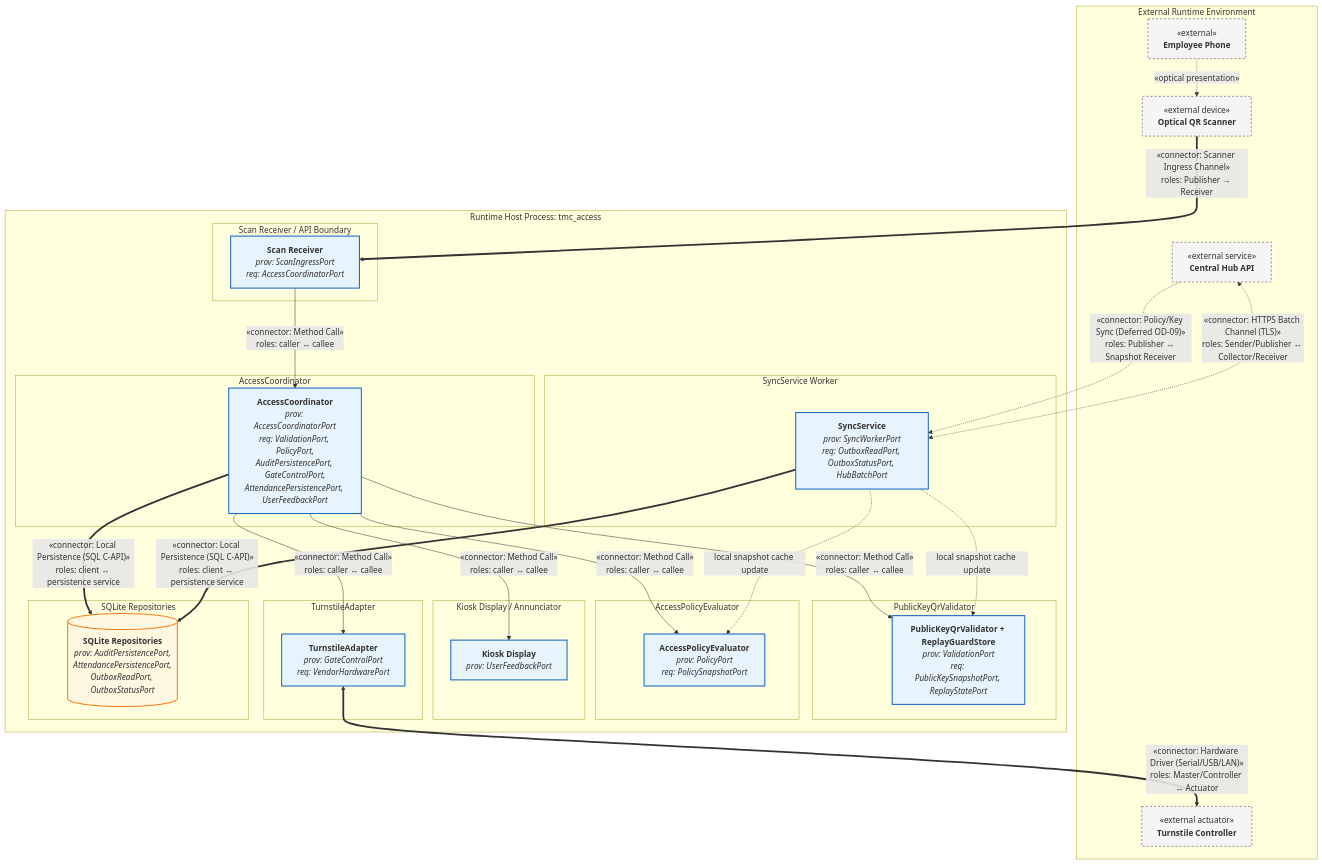
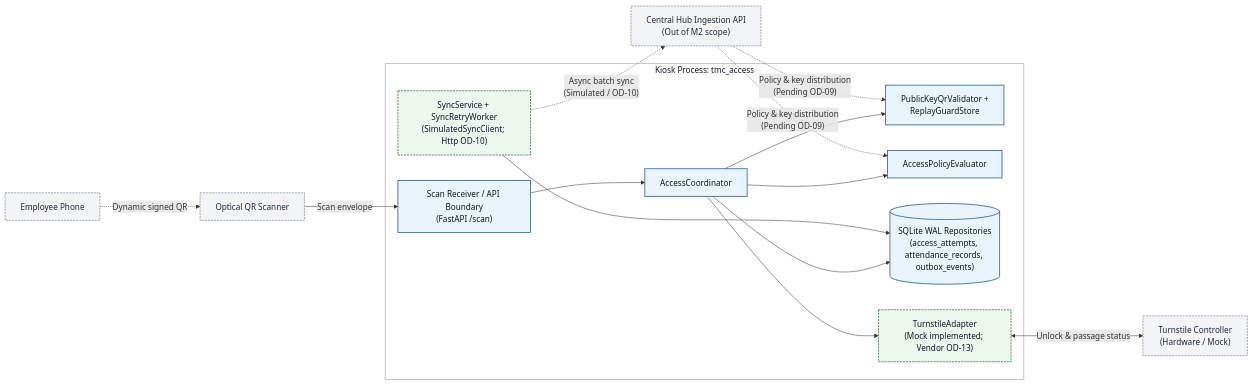
One commit to theDoub/SA-tmc-attendance-access-control changed the first of 2 diagrams in docs/architecture/component-connector-view.md. Above: the diagram before and after it, drawn with Mermaid. The commit also changed other lines of this file and 4 other files, not shown here.

First line of the commit message:
Revert "Merge pull request #1 from theDoub/docs/architecture-views"

````diff
--- a/docs/architecture/component-connector-view.md
+++ b/docs/architecture/component-connector-view.md
@@ -27,83 +27,24 @@
 ```mermaid
-flowchart TB
-    %% --- Subgraph Styles & Component Classes ---
-    classDef comp fill:#E8F4FD,stroke:#1565C0,stroke-width:2px;
-    classDef store fill:#FFF8E1,stroke:#F57F17,stroke-width:2px;
-    classDef ext fill:#F5F5F5,stroke:#757575,stroke-width:1.5px,stroke-dasharray: 4 4;
+flowchart LR
+    classDef impl fill:#eaf4fc,stroke:#1f5a8a,stroke-width:1.5px,color:#111827
+    classDef sim fill:#edf7ed,stroke:#2e6f40,stroke-width:1.5px,stroke-dasharray:4 2,color:#111827
+    classDef ext fill:#f3f4f6,stroke:#6b7280,stroke-width:1.2px,stroke-dasharray:4 2,color:#1f2937
+    classDef zone fill:#ffffff,stroke:#94a3b8,stroke-width:1.2px,color:#111827
 
-    %% --- External Runtime Peers ---
-    subgraph External["External Runtime Environment"]
-        Phone["«external»<br/><b>Employee Phone</b>"]:::ext
-        Scanner["«external device»<br/><b>Optical QR Scanner</b>"]:::ext
-        CTRL["«external actuator»<br/><b>Turnstile Controller</b>"]:::ext
-        HUB["«external service»<br/><b>Central Hub API</b>"]:::ext
+    Phone["Employee Phone"]:::ext -.->|Dynamic signed QR| Scanner["Optical QR Scanner"]:::ext
+    Scanner -->|Scan envelope| API["Scan Receiver / API Boundary<br/>(FastAPI /scan)"]:::impl
+    subgraph Kiosk["Kiosk Process: tmc_access"]
+        API --> COORD["AccessCoordinator"]:::impl
+        COORD --> QR["PublicKeyQrValidator +<br/>ReplayGuardStore"]:::impl
+        COORD --> POLICY["AccessPolicyEvaluator"]:::impl
+        COORD --> DB[("SQLite WAL Repositories<br/>(access_attempts, attendance_records, outbox_events)")]:::impl
+        COORD --> GATE["TurnstileAdapter<br/>(Mock implemented; Vendor OD-13)"]:::sim
+        SYNC["SyncService + SyncRetryWorker<br/>(SimulatedSyncClient; Http OD-10)"]:::sim --> DB
     end
+    GATE <-->|Unlock & passage status| CTRL["Turnstile Controller<br/>(Hardware / Mock)"]:::ext
+    SYNC -.->|"Async batch sync<br/>(Simulated / OD-10)"| HUB["Central Hub Ingestion API<br/>(Out of M2 scope)"]:::ext
+    HUB -.->|"Policy & key distribution<br/>(Pending OD-09)"| QR
+    HUB -.->|"Policy & key distribution<br/>(Pending OD-09)"| POLICY
 
-    %% --- Process Boundary ---
-    subgraph Kiosk["Runtime Host Process: tmc_access"]
-        
-        %% Components & their Provided/Required Ports
-        subgraph C_API["Scan Receiver / API Boundary"]
-            API["<b>Scan Receiver</b><br/><i>prov: ScanIngressPort<br/>req: AccessCoordinatorPort</i>"]:::comp
-        end
-
-        subgraph C_COORD["AccessCoordinator"]
-            COORD["<b>AccessCoordinator</b><br/><i>prov: AccessCoordinatorPort<br/>req: ValidationPort, PolicyPort,<br/>AuditPersistencePort, GateControlPort,<br/>AttendancePersistencePort, UserFeedbackPort</i>"]:::comp
-        end
-
-        subgraph C_QR["PublicKeyQrValidator"]
-            QR["<b>PublicKeyQrValidator + ReplayGuardStore</b><br/><i>prov: ValidationPort<br/>req: PublicKeySnapshotPort, ReplayStatePort</i>"]:::comp
-        end
-
-        subgraph C_POLICY["AccessPolicyEvaluator"]
-            POLICY["<b>AccessPolicyEvaluator</b><br/><i>prov: PolicyPort<br/>req: PolicySnapshotPort</i>"]:::comp
-        end
-
-        subgraph C_DISPLAY["Kiosk Display / Annunciator"]
-            DISPLAY["<b>Kiosk Display</b><br/><i>prov: UserFeedbackPort</i>"]:::comp
-        end
-
-        subgraph C_GATE["TurnstileAdapter"]
-            GATE["<b>TurnstileAdapter</b><br/><i>prov: GateControlPort<br/>req: VendorHardwarePort</i>"]:::comp
-        end
-
-        subgraph C_DB["SQLite Repositories"]
-            DB[("<b>SQLite Repositories</b><br/><i>prov: AuditPersistencePort,<br/>AttendancePersistencePort,<br/>OutboxReadPort, OutboxStatusPort</i>")]:::store
-        end
-
-        subgraph C_SYNC["SyncService Worker"]
-            SYNC["<b>SyncService</b><br/><i>prov: SyncWorkerPort<br/>req: OutboxReadPort, OutboxStatusPort, HubBatchPort</i>"]:::comp
-        end
-
-    end
-
-    %% --- Connectors & Attachments (Roles & Protocols) ---
-
-    %% 1. Physical presentation
-    Phone -. "«optical presentation»" .-> Scanner
-
-    %% 2. Scanner ingress channel
-    Scanner == "«connector: Scanner Ingress Channel»<br/>roles: Publisher → Receiver" ==> API
-
-    %% 3. In-process method calls (Access path)
-    API -- "«connector: Method Call»<br/>roles: caller ↔ callee" --> COORD
-    COORD -- "«connector: Method Call»<br/>roles: caller ↔ callee" --> QR
-    COORD -- "«connector: Method Call»<br/>roles: caller ↔ callee" --> POLICY
-    COORD -- "«connector: Method Call»<br/>roles: caller ↔ callee" --> DISPLAY
-    COORD -- "«connector: Method Call»<br/>roles: caller ↔ callee" --> GATE
-
-    %% 4. SQLite local persistence connector
-    COORD == "«connector: Local Persistence (SQL C-API)»<br/>roles: client ↔ persistence service" ==> DB
-    SYNC == "«connector: Local Persistence (SQL C-API)»<br/>roles: client ↔ persistence service" ==> DB
-
-    %% 5. Hardware driver interface
-    GATE <== "«connector: Hardware Driver (Serial/USB/LAN)»<br/>roles: Master/Controller ↔ Actuator" ==> CTRL
-
-    %% 6. HTTPS batch channel & sync
-    SYNC <-. "«connector: HTTPS Batch Channel (TLS)»<br/>roles: Sender/Publisher ↔ Collector/Receiver" .-> HUB
-
-    %% 7. Policy / Key distribution
-    HUB -. "«connector: Policy/Key Sync (Deferred OD-09)»<br/>roles: Publisher ↔ Snapshot Receiver" .-> SYNC
-    SYNC -. "local snapshot cache update" .-> QR
-    SYNC -. "local snapshot cache update" .-> POLICY
+    class Kiosk zone
 ```
````
